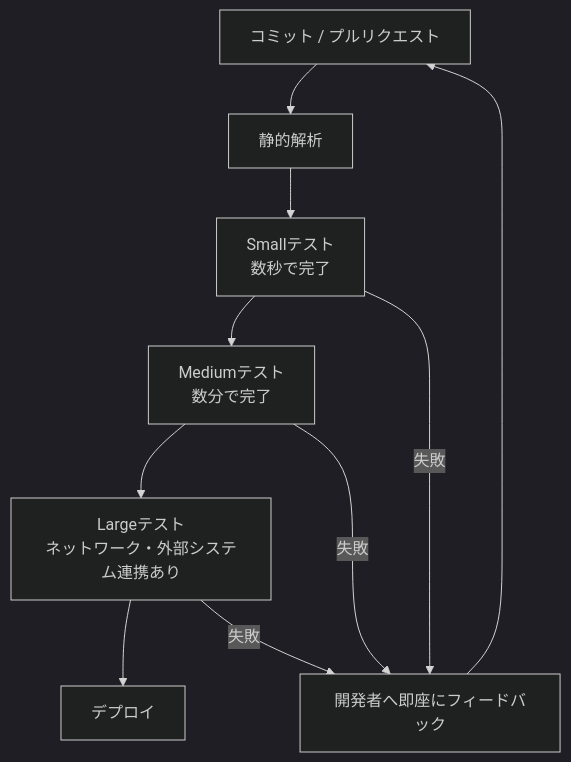
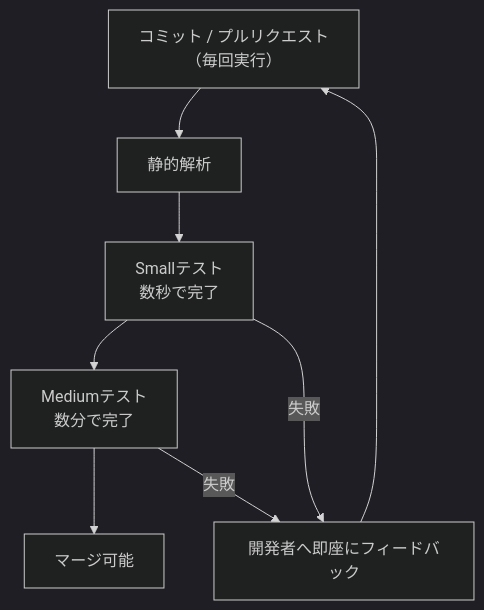
Before and after one commit to myoshi2891/Quality-Assurance-Studies: the sixth of 8 diagrams in Beautiful-testing-guide.md, drawn with Mermaid (dark theme). The commit also changed other lines of this file, not shown here.

````diff
--- a/Beautiful-testing-guide.md
+++ b/Beautiful-testing-guide.md
@@ -226,12 +228,10 @@
 ```mermaid
 flowchart TB
-    Commit["コミット / プルリクエスト"] --> Static2["静的解析"]
+    Commit["コミット / プルリクエスト<br/>（毎回実行）"] --> Static2["静的解析"]
     Static2 --> Small["Smallテスト<br/>数秒で完了"]
     Small --> Medium["Mediumテスト<br/>数分で完了"]
-    Medium --> Large["Largeテスト<br/>ネットワーク・外部システム連携あり"]
-    Large --> Deploy["デプロイ"]
+    Medium --> Merge["マージ可能"]
     Small -->|"失敗"| Feedback["開発者へ即座にフィードバック"]
     Medium -->|"失敗"| Feedback
-    Large -->|"失敗"| Feedback
     Feedback --> Commit
 ```
````
